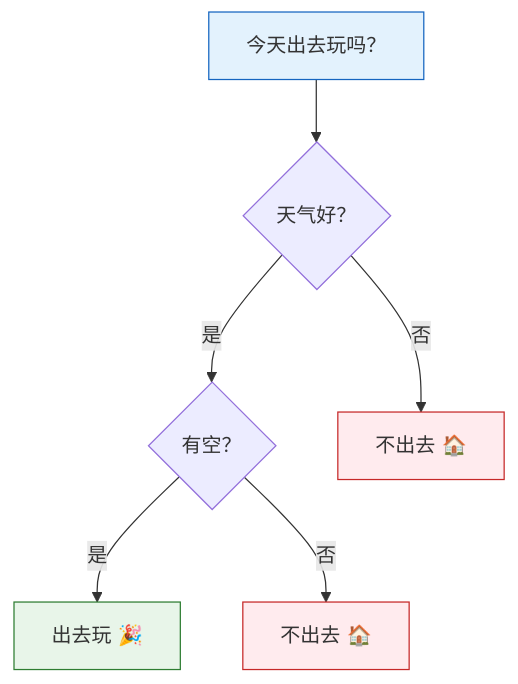
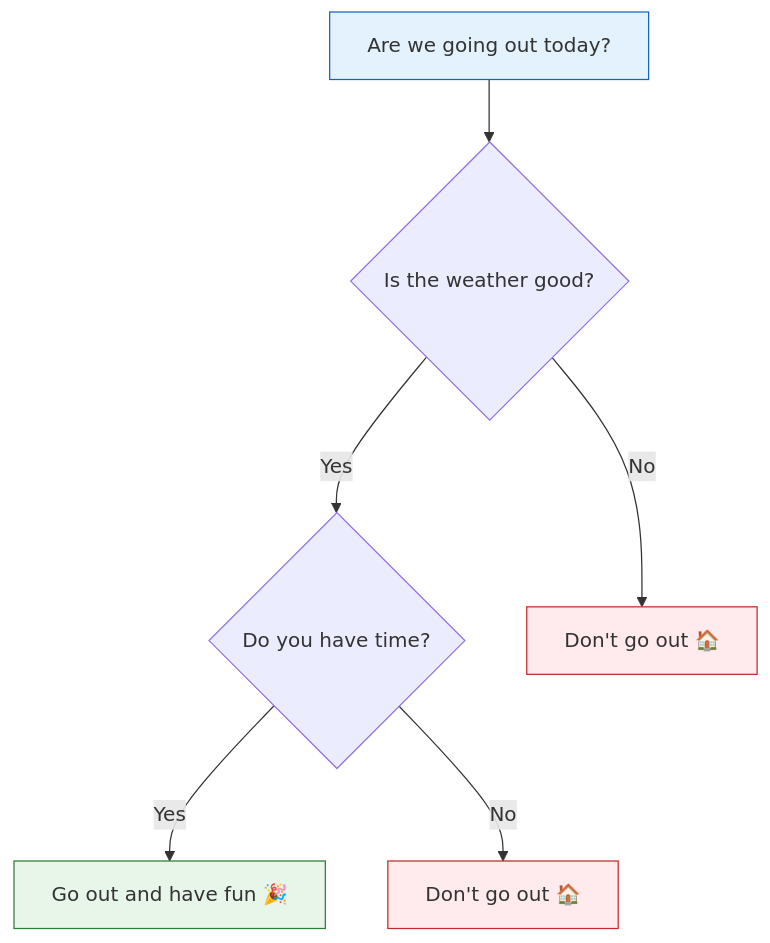
One commit to oudbiao/AI-fullstack-course changed the diagram in docs/ch05-machine-learning/ch02-supervised/03-decision-trees.md. Above: the diagram before and after it, drawn with Mermaid. The commit also changed other lines of this file and 1406 other files, not shown here.

````diff
--- a/docs/ch05-machine-learning/ch02-supervised/03-decision-trees.md
+++ b/docs/ch05-machine-learning/ch02-supervised/03-decision-trees.md
@@ -60,13 +60,13 @@
 ```mermaid
 flowchart TD
-    A["今天出去玩吗？"] --> B{"天气好？"}
-    B -->|"是"| C{"有空？"}
-    B -->|"否"| D["不出去 🏠"]
-    C -->|"是"| E["出去玩 🎉"]
-    C -->|"否"| F["不出去 🏠"]
+    A["Are we going out today?"] --> B{"Is the weather good?"}
+    B -->|"Yes"| C{"Do you have time?"}
+    B -->|"No"| D["Don't go out 🏠"]
+    C -->|"Yes"| E["Go out and have fun 🎉"]
+    C -->|"No"| F["Don't go out 🏠"]
 
     style A fill:#e3f2fd,stroke:#1565c0,color:#333
     style E fill:#e8f5e9,stroke:#2e7d32,color:#333
     style D fill:#ffebee,stroke:#c62828,color:#333
     style F fill:#ffebee,stroke:#c62828,color:#333
 ```
````
